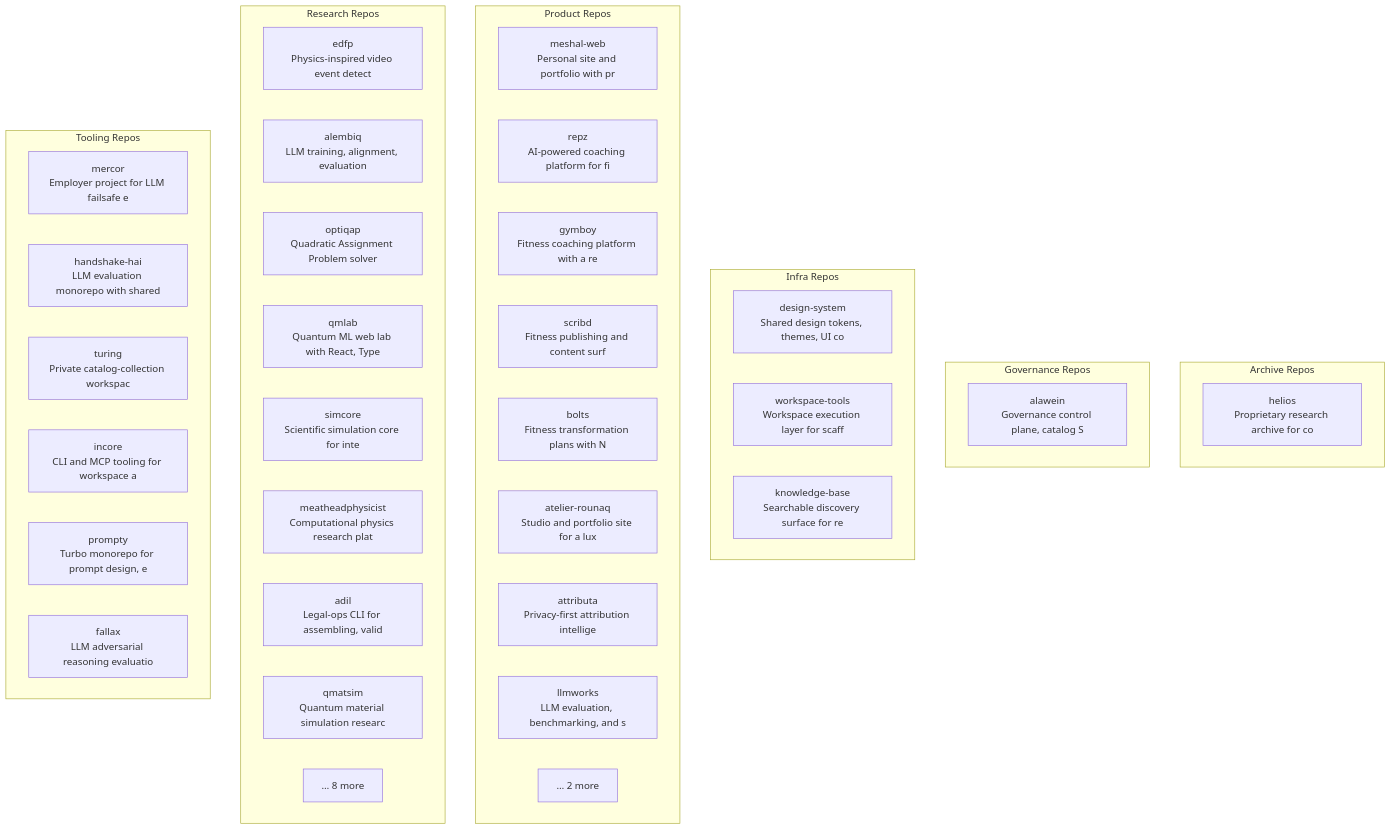
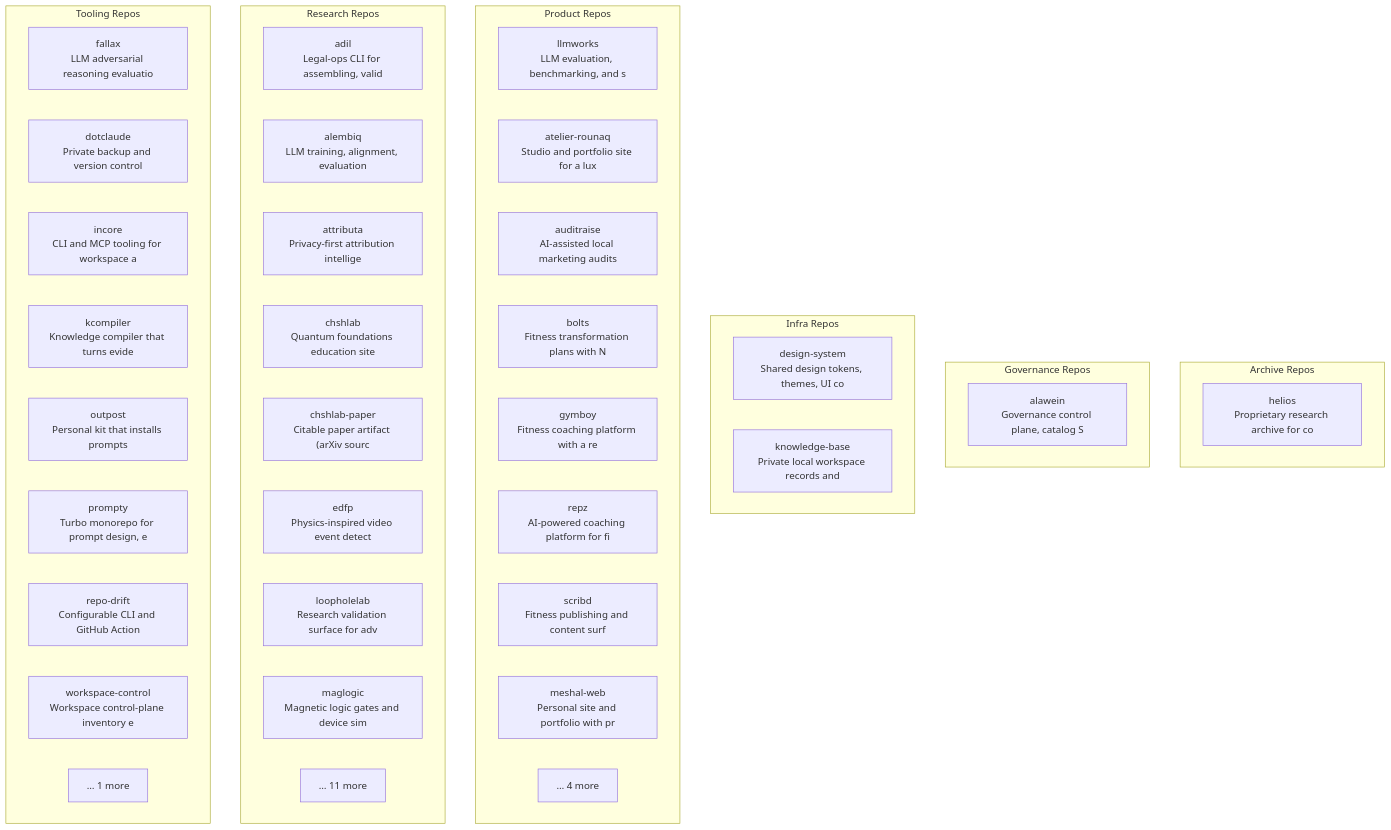
Before and after one commit to alawein/alawein: the second of 6 diagrams in docs/architecture.md, drawn with Mermaid. The commit also changed other lines of this file, not shown here.

Commit message:
docs(arch): auto-update repo topology from catalog/repos.json

````diff
--- a/docs/architecture.md
+++ b/docs/architecture.md
@@ -64,44 +64,46 @@
 ```mermaid
 graph TB
   subgraph archive["Archive Repos"]
     helios["helios\nProprietary research archive for co"]
   end
   subgraph governance["Governance Repos"]
     alawein["alawein\nGovernance control plane, catalog S"]
   end
   subgraph infra["Infra Repos"]
     design_system["design-system\nShared design tokens, themes, UI co"]
-    workspace_tools["workspace-tools\nWorkspace execution layer for scaff"]
-    knowledge_base["knowledge-base\nSearchable discovery surface for re"]
+    knowledge_base["knowledge-base\nPrivate local workspace records and"]
   end
   subgraph product["Product Repos"]
+    llmworks["llmworks\nLLM evaluation, benchmarking, and s"]
+    atelier_rounaq["atelier-rounaq\nStudio and portfolio site for a lux"]
+    auditraise["auditraise\nAI-assisted local marketing audits "]
+    bolts["bolts\nFitness transformation plans with N"]
+    gymboy["gymboy\nFitness coaching platform with a re"]
+    repz["repz\nAI-powered coaching platform for fi"]
+    scribd["scribd\nFitness publishing and content surf"]
     meshal_web["meshal-web\nPersonal site and portfolio with pr"]
-    repz["repz\nAI-powered coaching platform for fi"]
-    gymboy["gymboy\nFitness coaching platform with a re"]
-    scribd["scribd\nFitness publishing and content surf"]
-    bolts["bolts\nFitness transformation plans with N"]
-    atelier_rounaq["atelier-rounaq\nStudio and portfolio site for a lux"]
-    attributa["attributa\nPrivacy-first attribution intellige"]
-    llmworks["llmworks\nLLM evaluation, benchmarking, and s"]
-    more_product["… 2 more"]
+    more_product["… 4 more"]
   end
   subgraph research["Research Repos"]
+    adil["adil\nLegal-ops CLI for assembling, valid"]
+    alembiq["alembiq\nLLM training, alignment, evaluation"]
+    attributa["attributa\nPrivacy-first attribution intellige"]
+    chshlab["chshlab\nQuantum foundations education site "]
+    chshlab_paper["chshlab-paper\nCitable paper artifact (arXiv sourc"]
     edfp["edfp\nPhysics-inspired video event detect"]
-    alembiq["alembiq\nLLM training, alignment, evaluation"]
-    optiqap["optiqap\nQuadratic Assignment Problem solver"]
-    qmlab["qmlab\nQuantum ML web lab with React, Type"]
-    simcore["simcore\nScientific simulation core for inte"]
-    meatheadphysicist["meatheadphysicist\nComputational physics research plat"]
-    adil["adil\nLegal-ops CLI for assembling, valid"]
-    qmatsim["qmatsim\nQuantum material simulation researc"]
-    more_research["… 8 more"]
+    loopholelab["loopholelab\nResearch validation surface for adv"]
+    maglogic["maglogic\nMagnetic logic gates and device sim"]
+    more_research["… 11 more"]
   end
   subgraph tooling["Tooling Repos"]
-    mercor["mercor\nEmployer project for LLM failsafe e"]
-    handshake_hai["handshake-hai\nLLM evaluation monorepo with shared"]
-    turing["turing\nPrivate catalog-collection workspac"]
+    fallax["fallax\nLLM adversarial reasoning evaluatio"]
+    dotclaude["dotclaude\nPrivate backup and version control "]
     incore["incore\nCLI and MCP tooling for workspace a"]
+    kcompiler["kcompiler\nKnowledge compiler that turns evide"]
+    outpost["outpost\nPersonal kit that installs prompts "]
     prompty["prompty\nTurbo monorepo for prompt design, e"]
-    fallax["fallax\nLLM adversarial reasoning evaluatio"]
+    repo_drift["repo-drift\nConfigurable CLI and GitHub Action "]
+    workspace_control["workspace-control\nWorkspace control-plane inventory e"]
+    more_tooling["… 1 more"]
   end
 ```
````
